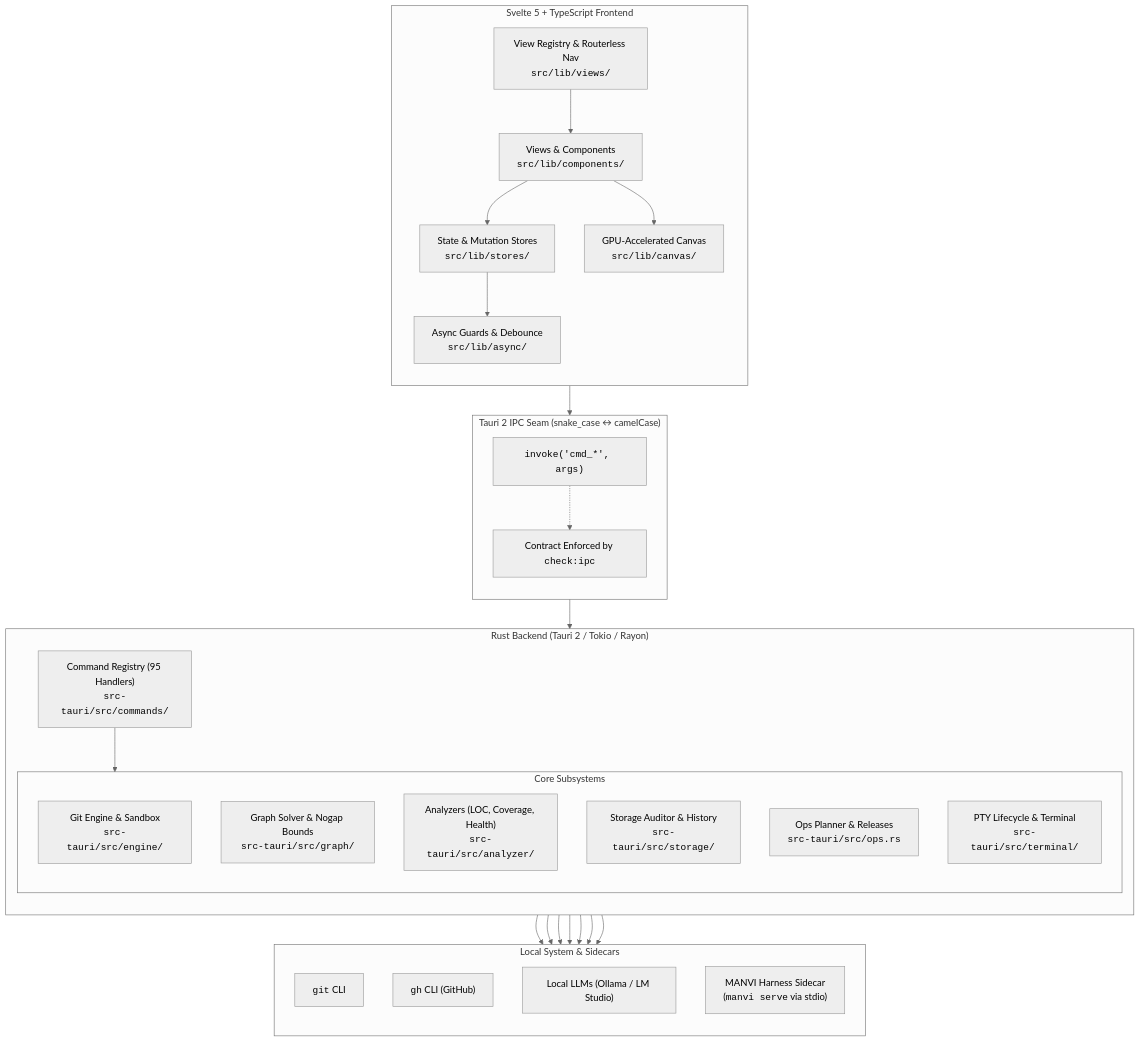
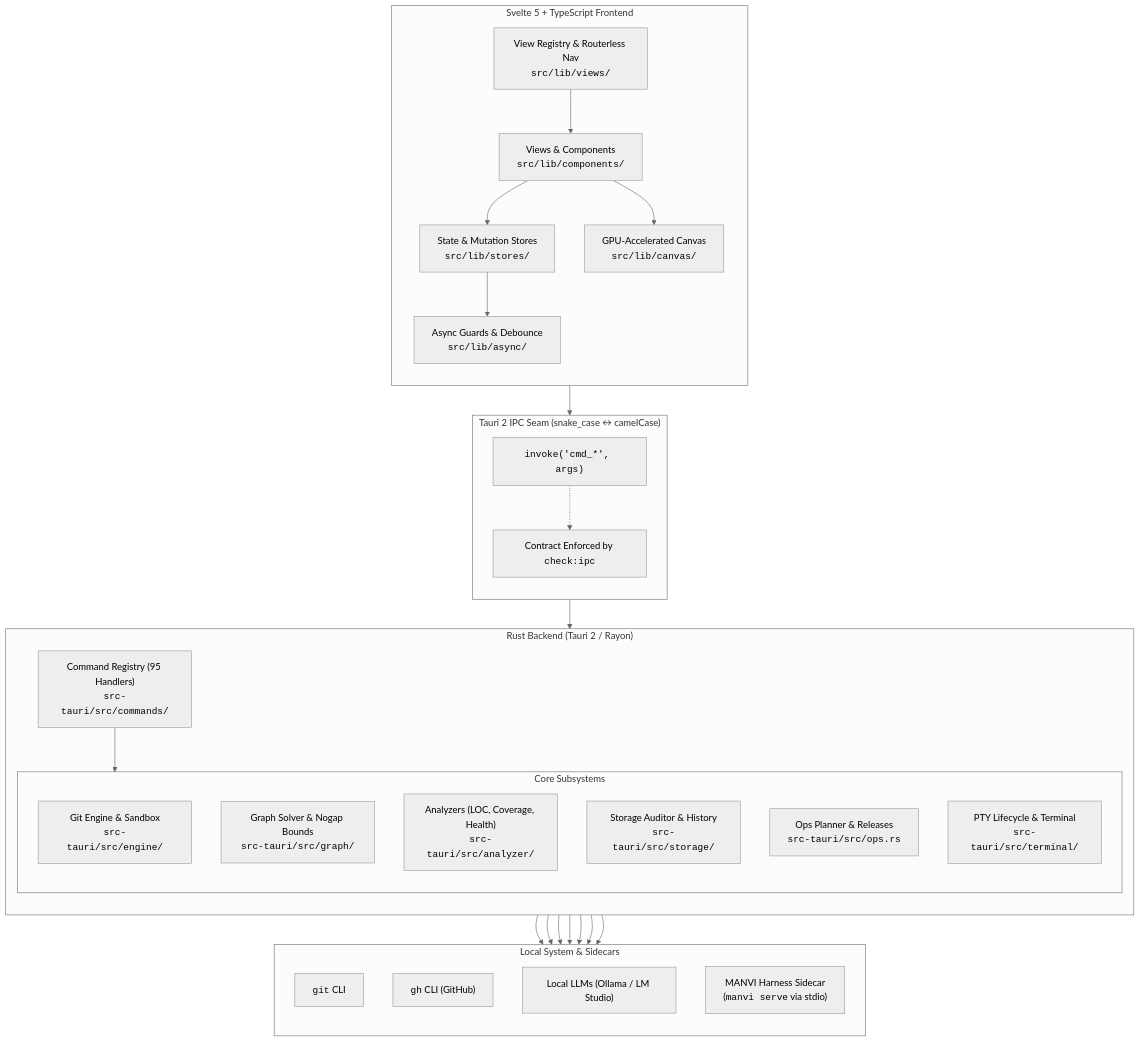
One commit to bharathvbcr/GitPulse changed the first of 4 diagrams in docs/ARCHITECTURE.md. Above: the diagram before and after it, drawn with Mermaid (neutral theme). The commit also changed other lines of this file and 2 other files, not shown here.

Commit message:
docs(architecture): stop implying a direct Tokio dependency
The backend subgraph in both README and ARCHITECTURE.md read
"Tauri 2 / Tokio / Rayon", which puts Tokio beside a real direct dependency.
It is not one: `src-tauri/Cargo.toml` lists rayon and no async runtime, no
source file references tokio, and blocking work leaves the IPC thread through
`tauri::async_runtime::spawn_blocking` in `off_thread`. Tokio appears in
Cargo.lock at 1.53.1, pulled in transitively by Tauri, so a contributor
following the diagram to `use tokio::…` would not compile.

The diagrams now name only the direct dependency, and the concurrency section
says where the async runtime actually comes from and why it cannot be used
directly without adding the crate.

A prose claim about a manifest drifts as soon as the manifest does, so
scripts/architecture-docs-contract.test.ts ties the two together: adding tokio
as a direct dependency fails the test and points at the sentence that then
needs rewriting. Verified by temporarily adding it — the guard fires, and
passes again once removed.

````diff
--- a/docs/ARCHITECTURE.md
+++ b/docs/ARCHITECTURE.md
@@ -5,57 +5,57 @@
 ```mermaid
 flowchart TB
     subgraph Frontend["Svelte 5 + TypeScript Frontend"]
         direction TB
         UI["Views & Components<br/><code>src/lib/components/</code>"]
         Stores["State & Mutation Stores<br/><code>src/lib/stores/</code>"]
         Registry["View Registry & Routerless Nav<br/><code>src/lib/views/</code>"]
         Canvas["GPU-Accelerated Canvas<br/><code>src/lib/canvas/</code>"]
         Async["Async Guards & Debounce<br/><code>src/lib/async/</code>"]
         
         UI --> Stores
         UI --> Canvas
         Stores --> Async
         Registry --> UI
     end
 
     subgraph IPC["Tauri 2 IPC Seam (snake_case ↔ camelCase)"]
         direction TB
         Invoke["<code>invoke('cmd_*', args)</code>"]
         ContractCheck["Contract Enforced by <code>check:ipc</code>"]
         Invoke -.-> ContractCheck
     end
 
-    subgraph Backend["Rust Backend (Tauri 2 / Tokio / Rayon)"]
+    subgraph Backend["Rust Backend (Tauri 2 / Rayon)"]
         direction TB
         CmdRegistry["Command Registry (95 Handlers)<br/><code>src-tauri/src/commands/</code>"]
         
         subgraph Subsystems["Core Subsystems"]
             GitEngine["Git Engine & Sandbox<br/><code>src-tauri/src/engine/</code>"]
             GraphSolver["Graph Solver & Nogap Bounds<br/><code>src-tauri/src/graph/</code>"]
             Analyzers["Analyzers (LOC, Coverage, Health)<br/><code>src-tauri/src/analyzer/</code>"]
             StorageAuditor["Storage Auditor & History<br/><code>src-tauri/src/storage/</code>"]
             OpsPlanner["Ops Planner & Releases<br/><code>src-tauri/src/ops.rs</code>"]
             PtyTerminal["PTY Lifecycle & Terminal<br/><code>src-tauri/src/terminal/</code>"]
         end
         
         CmdRegistry --> Subsystems
     end
 
     subgraph External["Local System & Sidecars"]
         direction TB
         LocalGit["<code>git</code> CLI"]
         LocalGh["<code>gh</code> CLI (GitHub)"]
         LocalLLM["Local LLMs (Ollama / LM Studio)"]
         ManviSidecar["MANVI Harness Sidecar<br/>(<code>manvi serve</code> via stdio)"]
     end
 
     Async --> Invoke
     Invoke --> CmdRegistry
     GitEngine --> LocalGit
     Analyzers --> LocalGit
     Analyzers --> LocalGh
     Analyzers --> LocalLLM
     OpsPlanner --> LocalGh
     OpsPlanner --> ManviSidecar
     Subsystems --> ManviSidecar
 ```
````
